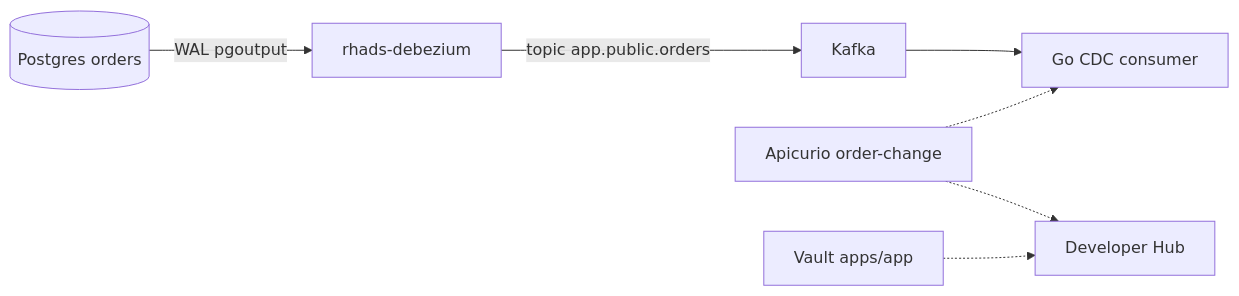
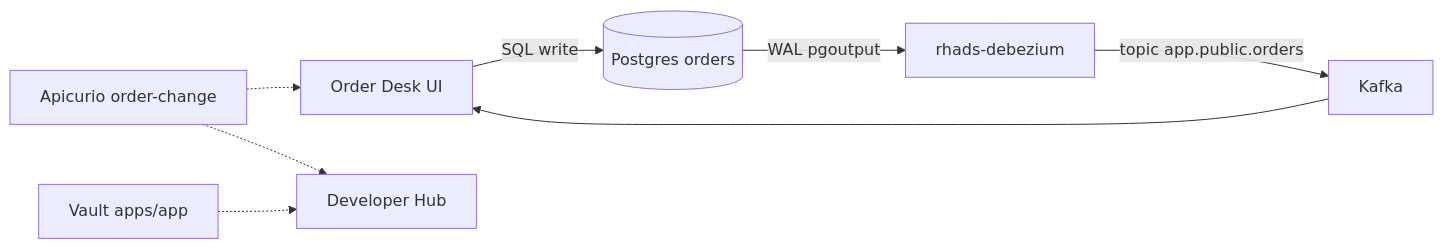
The third of 3 diagrams in docs/architecture.md (panchoraposo/demo-rhads-kafka), drawn with Mermaid before and after one commit. The commit also changed 22 other files, not shown here.

````diff
--- a/docs/architecture.md
+++ b/docs/architecture.md
@@ -63,9 +63,10 @@
 ```mermaid
 flowchart LR
-  PG[(Postgres orders)] -->|WAL pgoutput| DBZ[rhads-debezium]
+  Desk[Order Desk UI] -->|SQL write| PG[(Postgres orders)]
+  PG -->|WAL pgoutput| DBZ[rhads-debezium]
   DBZ -->|topic app.public.orders| K[Kafka]
-  K --> UI[Go CDC consumer]
-  Schema[Apicurio order-change] -.-> UI
+  K --> Desk
+  Schema[Apicurio order-change] -.-> Desk
   Vault[Vault apps/app] -.-> Hub[Developer Hub]
   Schema -.-> Hub
 ```
````
